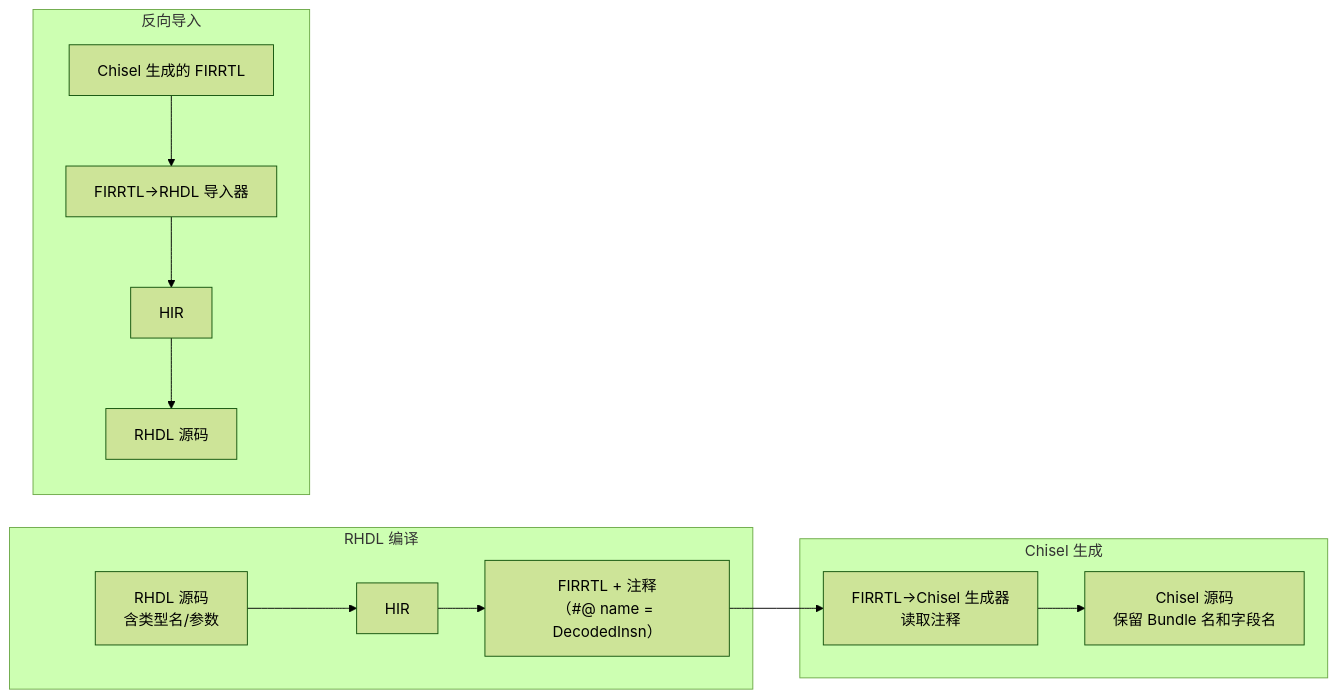
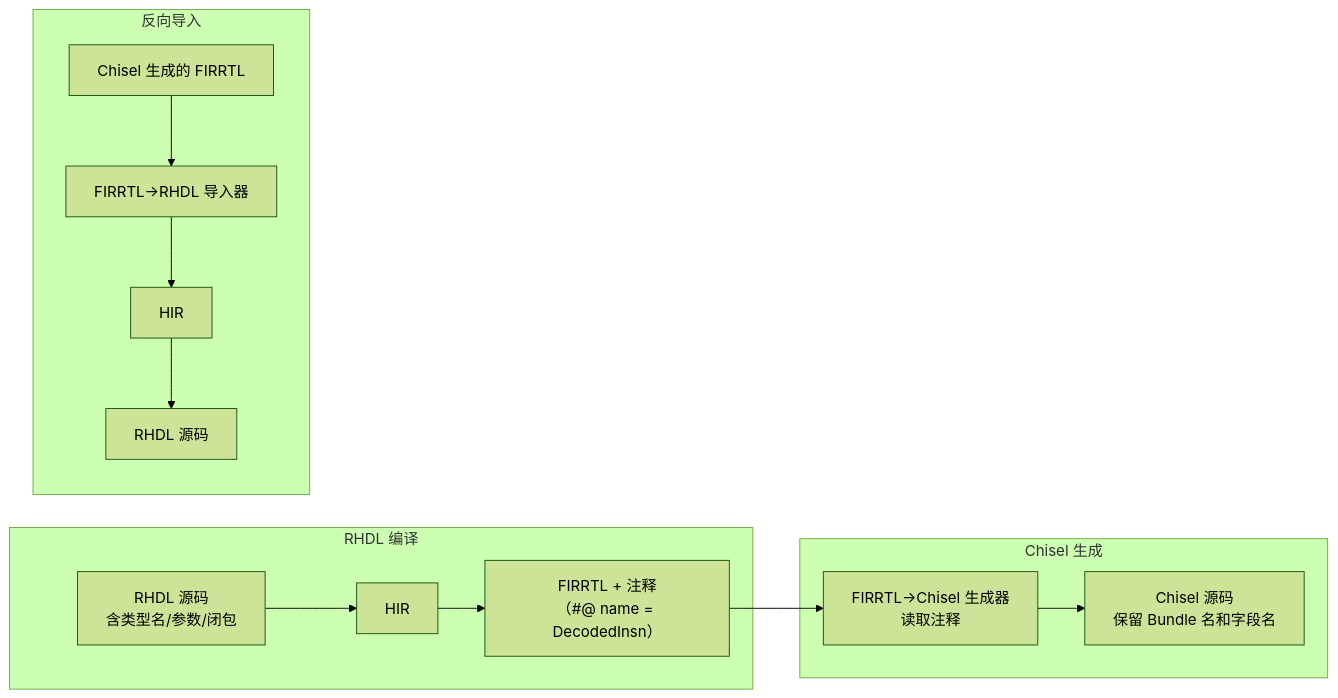
One commit to TangCan/bitloom changed the third of 8 diagrams in docs/requirements/12. 与 Chisel 的互转设计.md. Above: the diagram before and after it, drawn with Mermaid (forest theme). The commit also changed other lines of this file and 17 other files, not shown here.

````diff
--- a/docs/requirements/12. 与 Chisel 的互转设计.md
+++ b/docs/requirements/12. 与 Chisel 的互转设计.md
@@ -85,17 +81,16 @@
 ```mermaid
 flowchart LR
     subgraph RHDL 编译
-        A[RHDL 源码<br>含类型名/参数] --> B[HIR]
+        A[RHDL 源码<br>含类型名/参数/闭包] --> B[HIR]
         B --> C["FIRRTL + 注释<br>（#@ name = DecodedInsn）"]
     end
     subgraph Chisel 生成
         C --> D[FIRRTL→Chisel 生成器<br>读取注释]
         D --> E[Chisel 源码<br>保留 Bundle 名和字段名]
     end
     subgraph 反向导入
         F[Chisel 生成的 FIRRTL] --> G[FIRRTL→RHDL 导入器]
         G --> H[HIR]
         H --> I[RHDL 源码]
     end
-
 ```
````
